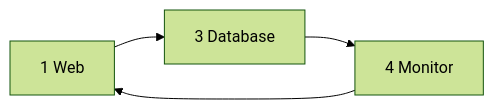
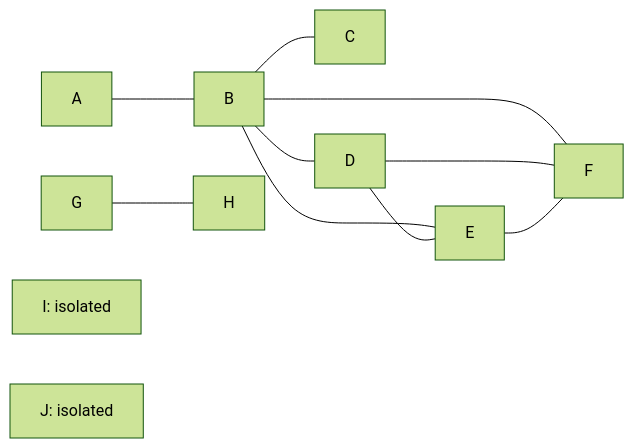
Before and after one commit to chaebkimm/data_structure_2026: the first of 3 diagrams in module_06_graph_dfs/diagrams/dfs_models.md, drawn with Mermaid (forest theme). The commit also changed other lines of this file and 14 other files, not shown here.

Commit message:
graph dfs

````diff
--- a/module_06_graph_dfs/diagrams/dfs_models.md
+++ b/module_06_graph_dfs/diagrams/dfs_models.md
@@ -70,6 +11,14 @@
 ```mermaid
 flowchart LR
-    A["1 Web"] --> B["3 Database"]
-    B --> C["4 Monitor"]
-    C --> A
+    A --- B
+    B --- C
+    B --- D
+    B --- E
+    B --- F
+    D --- E
+    D --- F
+    E --- F
+    G --- H
+    I["I: isolated"]
+    J["J: isolated"]
 ```
````
